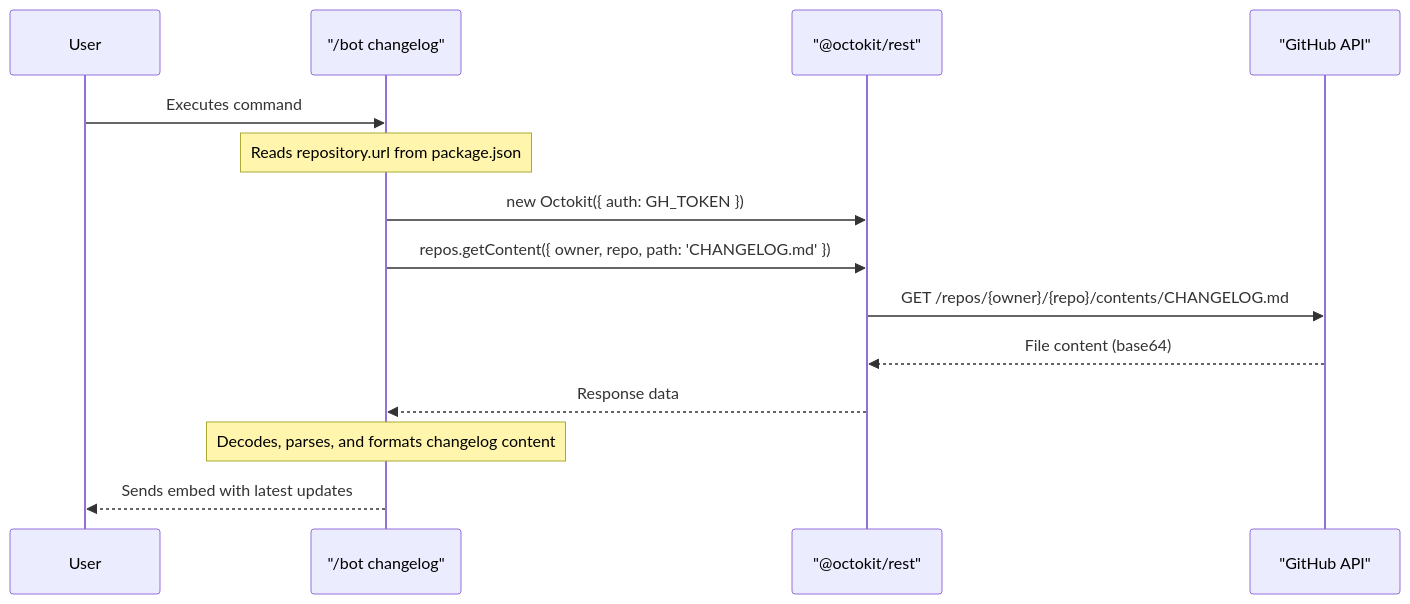
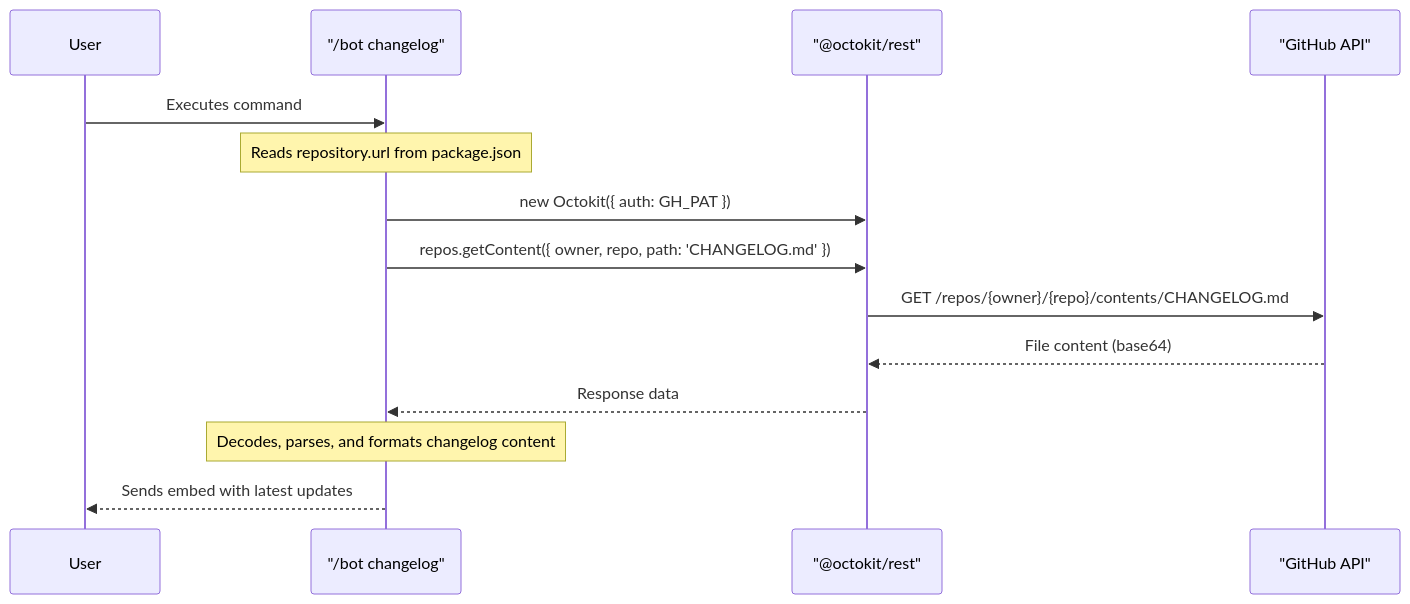
One commit to iamvikshan/mina-docs changed the third of 5 diagrams in pages/wiki/external-api-integrations.md. Above: the diagram before and after it, drawn with Mermaid. The commit also changed other lines of this file and 12 other files, not shown here.

````diff
--- a/pages/wiki/external-api-integrations.md
+++ b/pages/wiki/external-api-integrations.md
@@ -97,19 +97,19 @@
 ```mermaid
 sequenceDiagram
     participant User
     participant BotCommand as "/bot changelog"
     participant OctokitClient as "@octokit/rest"
     participant GitHubAPI as "GitHub API"
 
     User->>BotCommand: Executes command
     Note over BotCommand: Reads repository.url from package.json
 
-    BotCommand->>OctokitClient: new Octokit({ auth: GH_TOKEN })
+    BotCommand->>OctokitClient: new Octokit({ auth: GH_PAT })
     BotCommand->>OctokitClient: repos.getContent({ owner, repo, path: 'CHANGELOG.md' })
     OctokitClient->>GitHubAPI: GET /repos/{owner}/{repo}/contents/CHANGELOG.md
     GitHubAPI-->>OctokitClient: File content (base64)
     OctokitClient-->>BotCommand: Response data
 
     Note over BotCommand: Decodes, parses, and formats changelog content
     BotCommand-->>User: Sends embed with latest updates
 ```
````
